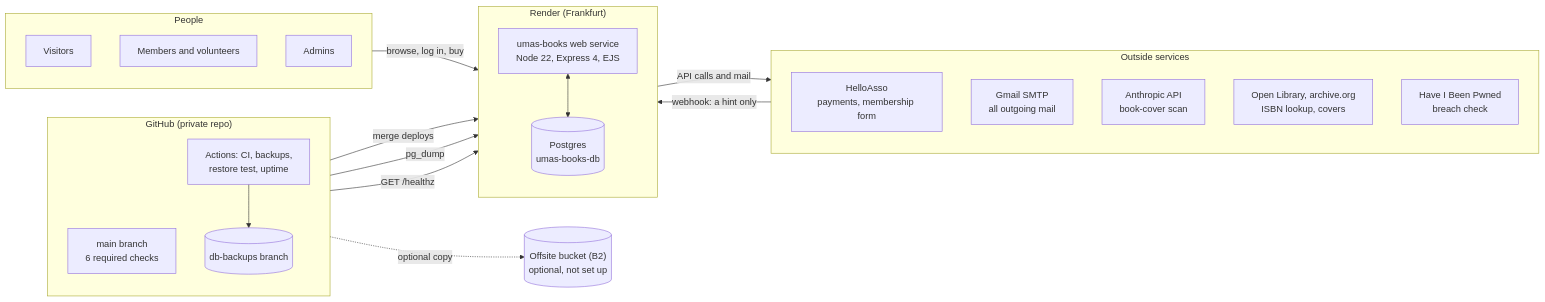
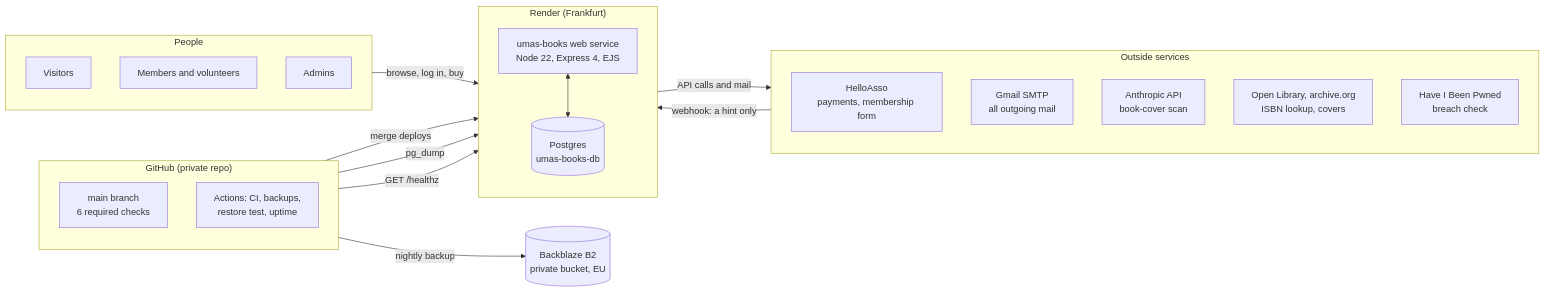
One commit to umasbooksadmin/umasbookswebsite changed the first of 12 diagrams in docs/architecture.md. Above: the diagram before and after it, drawn with Mermaid. The commit also changed other lines of this file and 8 other files, not shown here.

First line of the commit message:
Back up the database to Backblaze only (stop using a git branch)

````diff
--- a/docs/architecture.md
+++ b/docs/architecture.md
@@ -39,43 +39,41 @@
 ```mermaid
 flowchart LR
   subgraph People
     direction TB
     V[Visitors]
     M[Members and volunteers]
     A[Admins]
   end
 
   subgraph Render["Render (Frankfurt)"]
     direction TB
     W["umas-books web service<br/>Node 22, Express 4, EJS"]
     DB[("Postgres<br/>umas-books-db")]
     W <--> DB
   end
 
   subgraph External["Outside services"]
     direction TB
     HA["HelloAsso<br/>payments, membership form"]
     GM["Gmail SMTP<br/>all outgoing mail"]
     AN["Anthropic API<br/>book-cover scan"]
     OL["Open Library, archive.org<br/>ISBN lookup, covers"]
     PW["Have I Been Pwned<br/>breach check"]
   end
 
   subgraph GitHub["GitHub (private repo)"]
     direction TB
     REPO["main branch<br/>6 required checks"]
     ACT["Actions: CI, backups,<br/>restore test, uptime"]
-    BR[("db-backups branch")]
-    ACT --> BR
   end
 
-  OFF[("Offsite bucket (B2)<br/>optional, not set up")]
+  OFF[("Backblaze B2<br/>private bucket, EU")]
 
   People -->|"browse, log in, buy"| W
   W -->|"API calls and mail"| External
   HA -->|"webhook: a hint only"| W
   REPO -->|"merge deploys"| W
   ACT -->|"pg_dump"| DB
   ACT -->|"GET /healthz"| W
-  ACT -.->|"optional copy"| OFF
+  ACT -->|"nightly backup"| OFF
 ```
````
